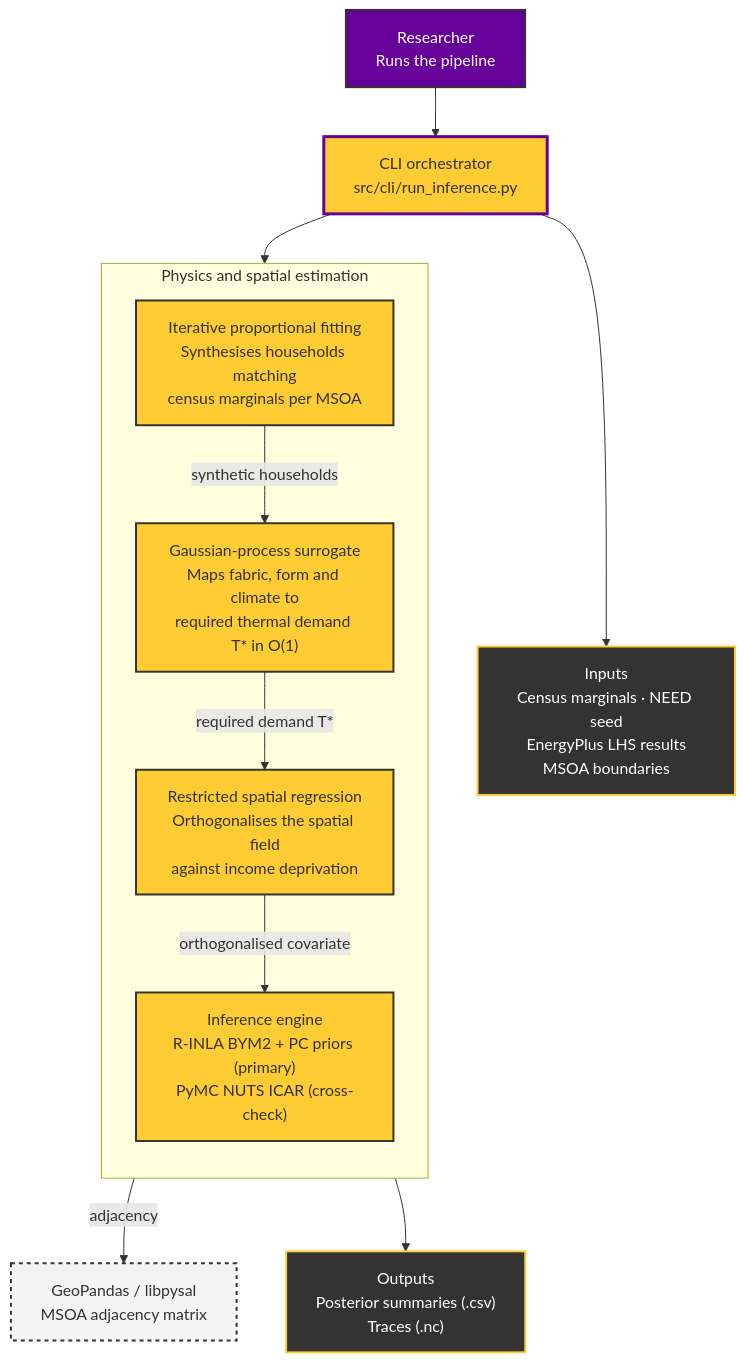
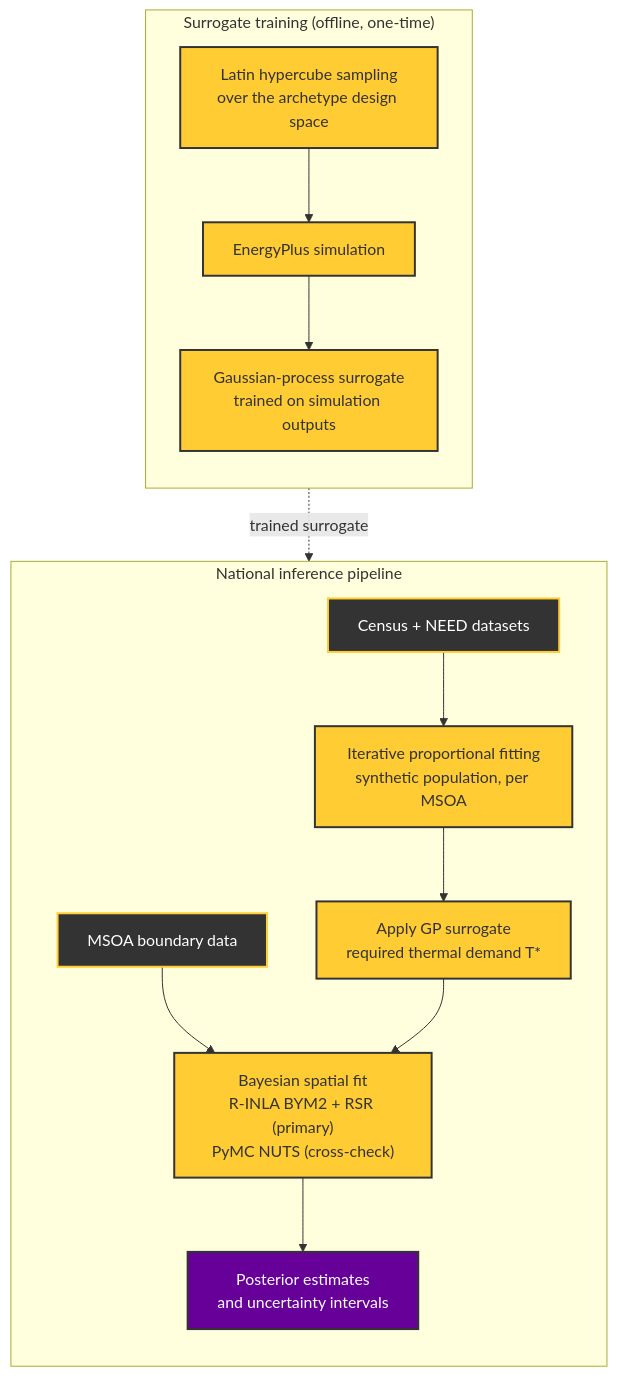
One commit to JulesBuckland/abs-ubem-national changed the diagram in README.md. Above: the diagram before and after it, drawn with Mermaid. The commit also changed other lines of this file and 1 other file, not shown here.

Commit message:
fix: correct architecture diagram logic, add missing LICENSE, update repo URLs after rename
- Rewrite README mermaid diagram at dataset/macro-function level; the old
  version showed RSR as a stage that transforms GP output into an
  'orthogonalised covariate', which contradicts the prose (RSR orthogonalises
  the spatial random effect against income deprivation, not T*).
- Add missing LICENSE file (CC BY-NC 4.0) - README badge and citation
  claimed a licence with nothing backing it in the repo.
- Update stale abs-ubem-national references (clone command, citation URL)
  to the renamed repo.

````diff
--- a/README.md
+++ b/README.md
@@ -35,34 +35,30 @@
 ```mermaid
 flowchart TD
-    classDef person fill:#660099,color:#ffffff,stroke:#333333,stroke-width:2px
-    classDef orchestrator fill:#FFCC33,color:#333333,stroke:#660099,stroke-width:3px
-    classDef logic fill:#FFCC33,color:#333333,stroke:#333333,stroke-width:2px
-    classDef datastore fill:#333333,color:#ffffff,stroke:#FFCC33,stroke-width:2px
-    classDef extLib fill:#f4f4f4,color:#333333,stroke:#333333,stroke-width:2px,stroke-dasharray: 4 4
+    classDef dataset fill:#333333,color:#ffffff,stroke:#FFCC33,stroke-width:2px
+    classDef func fill:#FFCC33,color:#333333,stroke:#333333,stroke-width:2px
+    classDef output fill:#660099,color:#ffffff,stroke:#333333,stroke-width:2px
 
-    User["Researcher<br/>Runs the pipeline"]:::person
-
-    InputFS["Inputs<br/>Census marginals · NEED seed<br/>EnergyPlus LHS results<br/>MSOA boundaries"]:::datastore
-    OutputFS["Outputs<br/>Posterior summaries (.csv)<br/>Traces (.nc)"]:::datastore
-
-    CLI["CLI orchestrator<br/>src/cli/run_inference.py"]:::orchestrator
-
-    subgraph Core ["Physics and spatial estimation"]
+    subgraph Surrogate ["Surrogate training (offline, one-time)"]
         direction TB
-        IPF["Iterative proportional fitting<br/>Synthesises households matching<br/>census marginals per MSOA"]:::logic
-        GP["Gaussian-process surrogate<br/>Maps fabric, form and climate to<br/>required thermal demand T* in O(1)"]:::logic
-        RSR["Restricted spatial regression<br/>Orthogonalises the spatial field<br/>against income deprivation"]:::logic
-        FIT["Inference engine<br/>R-INLA BYM2 + PC priors (primary)<br/>PyMC NUTS ICAR (cross-check)"]:::logic
+        LHS["Latin hypercube sampling<br/>over the archetype design space"]:::func
+        EP["EnergyPlus simulation"]:::func
+        GPTrain["Gaussian-process surrogate<br/>trained on simulation outputs"]:::func
+        LHS --> EP --> GPTrain
     end
 
-    PySAL["GeoPandas / libpysal<br/>MSOA adjacency matrix"]:::extLib
+    subgraph Pipeline ["National inference pipeline"]
+        direction TB
+        Census["Census + NEED datasets"]:::dataset
+        IPF["Iterative proportional fitting<br/>synthetic population, per MSOA"]:::func
+        Apply["Apply GP surrogate<br/>required thermal demand T*"]:::func
+        Boundaries["MSOA boundary data"]:::dataset
+        Fit["Bayesian spatial fit<br/>R-INLA BYM2 + RSR (primary)<br/>PyMC NUTS (cross-check)"]:::func
+        Output["Posterior estimates<br/>and uncertainty intervals"]:::output
 
-    User --> CLI
-    CLI --> InputFS
-    CLI --> IPF
-    IPF -->|synthetic households| GP
-    GP -->|required demand T*| RSR
-    RSR -->|orthogonalised covariate| FIT
-    FIT -->|adjacency| PySAL
-    FIT --> OutputFS
+        Census --> IPF --> Apply
+        Boundaries --> Fit
+        Apply --> Fit --> Output
+    end
+
+    GPTrain -.->|trained surrogate| Apply
 ```
````
